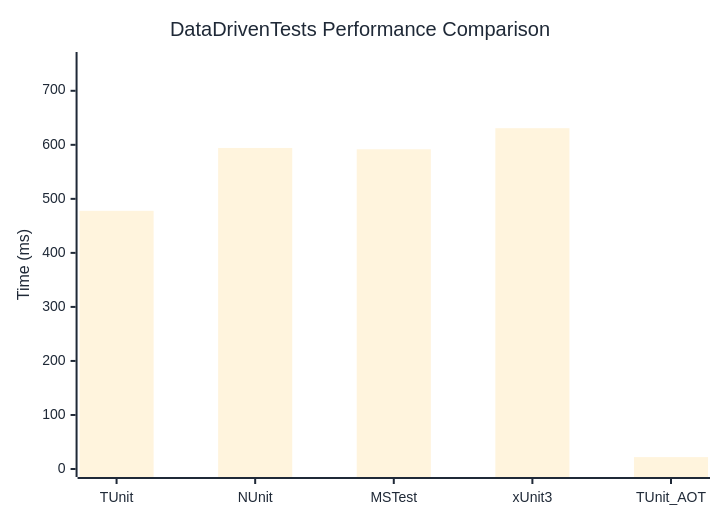
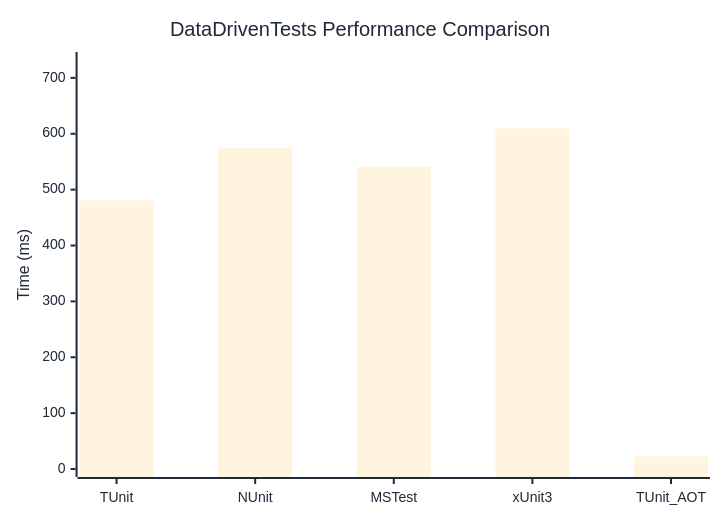
Before and after one commit to thomhurst/TUnit: the diagram in docs/docs/benchmarks/DataDrivenTests.md, drawn with Mermaid. The commit also changed other lines of this file and 17 other files, not shown here.

````diff
--- a/docs/docs/benchmarks/DataDrivenTests.md
+++ b/docs/docs/benchmarks/DataDrivenTests.md
@@ -27,37 +27,37 @@
 ```mermaid
 %%{init: {
   'theme':'base',
   'themeVariables': {
     'primaryColor': '#2563eb',
     'primaryTextColor': '#1f2937',
     'primaryBorderColor': '#1e40af',
     'lineColor': '#6b7280',
     'secondaryColor': '#7c3aed',
     'tertiaryColor': '#dc2626',
     'background': '#ffffff',
     'mainBkg': '#2563eb',
     'secondBkg': '#7c3aed',
     'tertiaryBkg': '#dc2626',
     'clusterBkg': '#f3f4f6',
     'edgeLabelBackground': '#ffffff',
     'tertiaryTextColor': '#1f2937',
     'pie1': '#2563eb',
     'pie2': '#7c3aed',
     'pie3': '#dc2626',
     'pie4': '#f59e0b',
     'pie5': '#10b981',
     'pie6': '#06b6d4',
     'pie7': '#ec4899',
     'pie8': '#6366f1',
     'pie9': '#84cc16',
     'pie10': '#f97316',
     'pie11': '#14b8a6',
     'pie12': '#a855f7'
   }
 }}%%
 xychart-beta
   title "DataDrivenTests Performance Comparison"
   x-axis ["TUnit", "NUnit", "MSTest", "xUnit3", "TUnit_AOT"]
-  y-axis "Time (ms)" 0 --> 757
-  bar [477.83, 594.2, 591.77, 630.81, 22]
+  y-axis "Time (ms)" 0 --> 732
+  bar [480.68, 575.35, 540.63, 609.45, 22.4]
 ```
````
